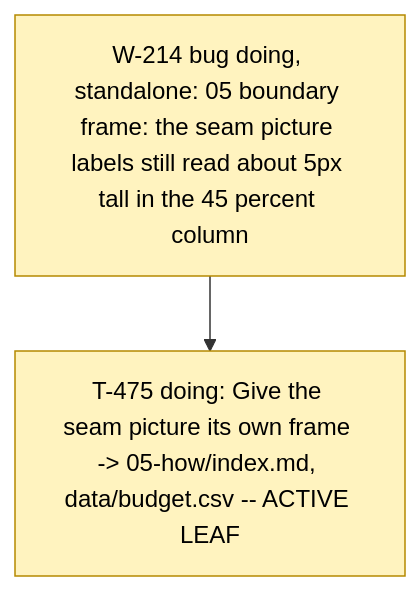
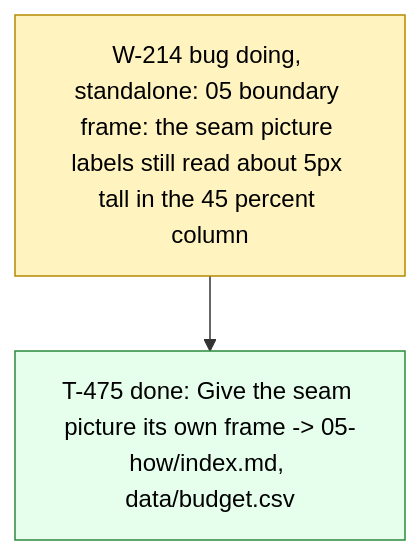
One commit to dpopchev/chaos-to-simple changed the diagram in .board/BOARD.md. Above: the diagram before and after it, drawn with Mermaid. The commit also changed other lines of this file and 1 other file, not shown here.

Commit message:
chore(board): close T-475 -- W-214 ready to land
Refs: W-214 T-475

````diff
--- a/.board/BOARD.md
+++ b/.board/BOARD.md
@@ -1263,11 +1263,12 @@
 ```mermaid
 flowchart TD
   W214["W-214 bug doing, standalone: 05 boundary frame: the seam picture labels still read about 5px tall in the 45 percent column"]
-  W214 --> T475["T-475 doing: Give the seam picture its own frame -> 05-how/index.md, data/budget.csv -- ACTIVE LEAF"]
+  W214 --> T475["T-475 done: Give the seam picture its own frame -> 05-how/index.md, data/budget.csv"]
   classDef doing fill:#fff3bf,stroke:#b58900,color:#000;
   classDef blocked fill:#ffe3e3,stroke:#c92a2a,color:#000;
   classDef done fill:#e6ffed,stroke:#2b8a3e,color:#000;
   classDef todo fill:#f8f9fa,stroke:#868e96,color:#000;
   classDef pruned fill:#f1f3f5,stroke:#adb5bd,color:#000;
-  class W214,T475 doing
+  class W214 doing
+  class T475 done
 ```
````
